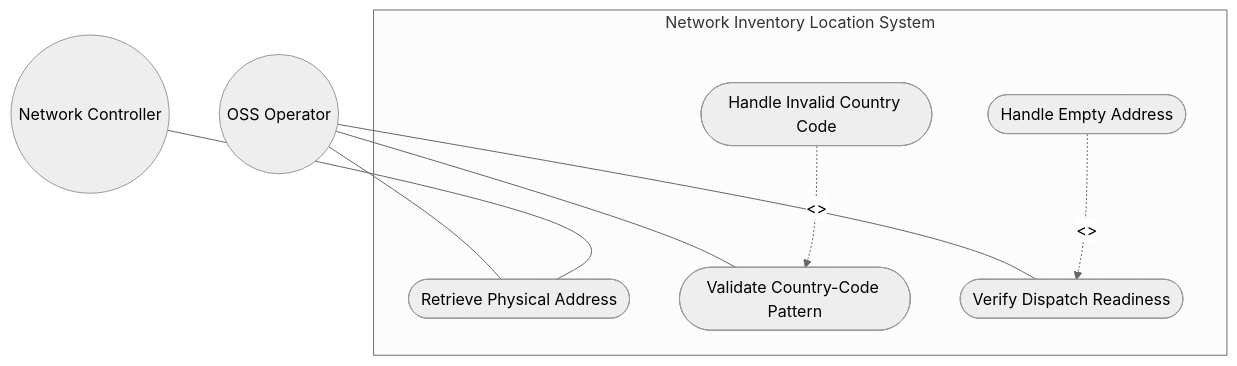
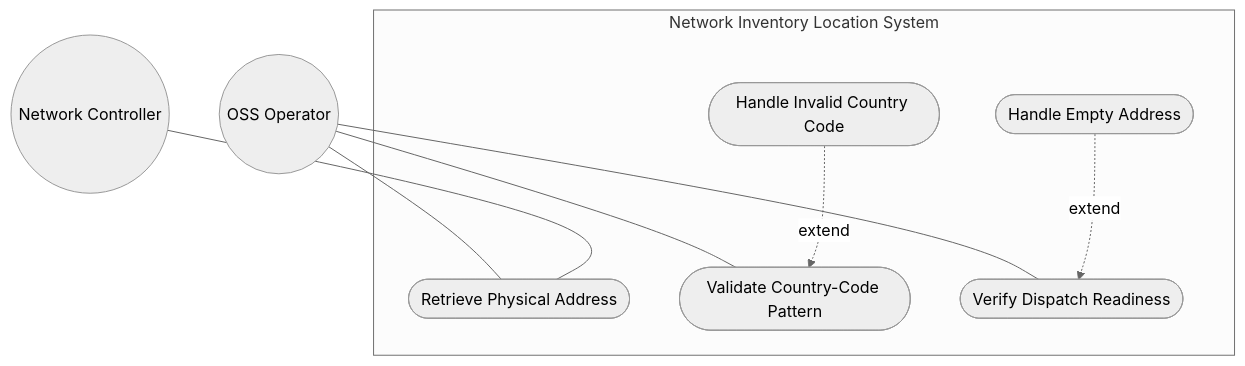
Before and after one commit to gintatkinson/3dgs-030: the first of 2 diagrams in docs/use-cases/uc-03-physical-address-container.md, drawn with Mermaid (neutral theme). The commit also changed 17 other files, not shown here.

Commit message:
docs: fix Mermaid UML rendering in all 18 use cases -- remove <<include>>/<<extend>> angle brackets causing GitHub renderer failure

````diff
--- a/docs/use-cases/uc-03-physical-address-container.md
+++ b/docs/use-cases/uc-03-physical-address-container.md
@@ -85,16 +85,16 @@
 ```mermaid
 graph TD
     subgraph "Network Inventory Location System"
         UC1([Retrieve Physical Address])
         UC2([Validate Country-Code Pattern])
         UC3([Verify Dispatch Readiness])
         UC4([Handle Invalid Country Code])
         UC5([Handle Empty Address])
     end
     OSS((OSS Operator)) --- UC1
     OSS --- UC2
     OSS --- UC3
-    UC4 -. "<<extend>>" .-> UC2
-    UC5 -. "<<extend>>" .-> UC3
+    UC4 -. "extend" .-> UC2
+    UC5 -. "extend" .-> UC3
     NC((Network Controller)) --- UC1
 ```
````
